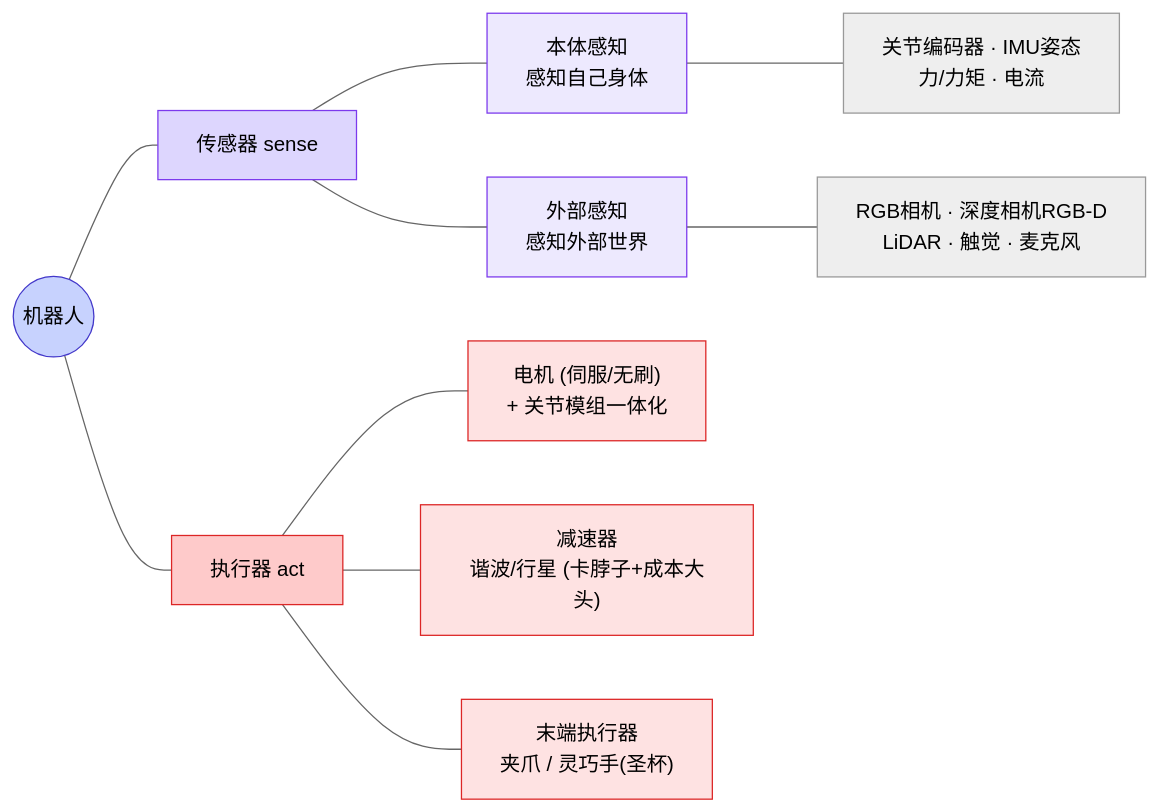
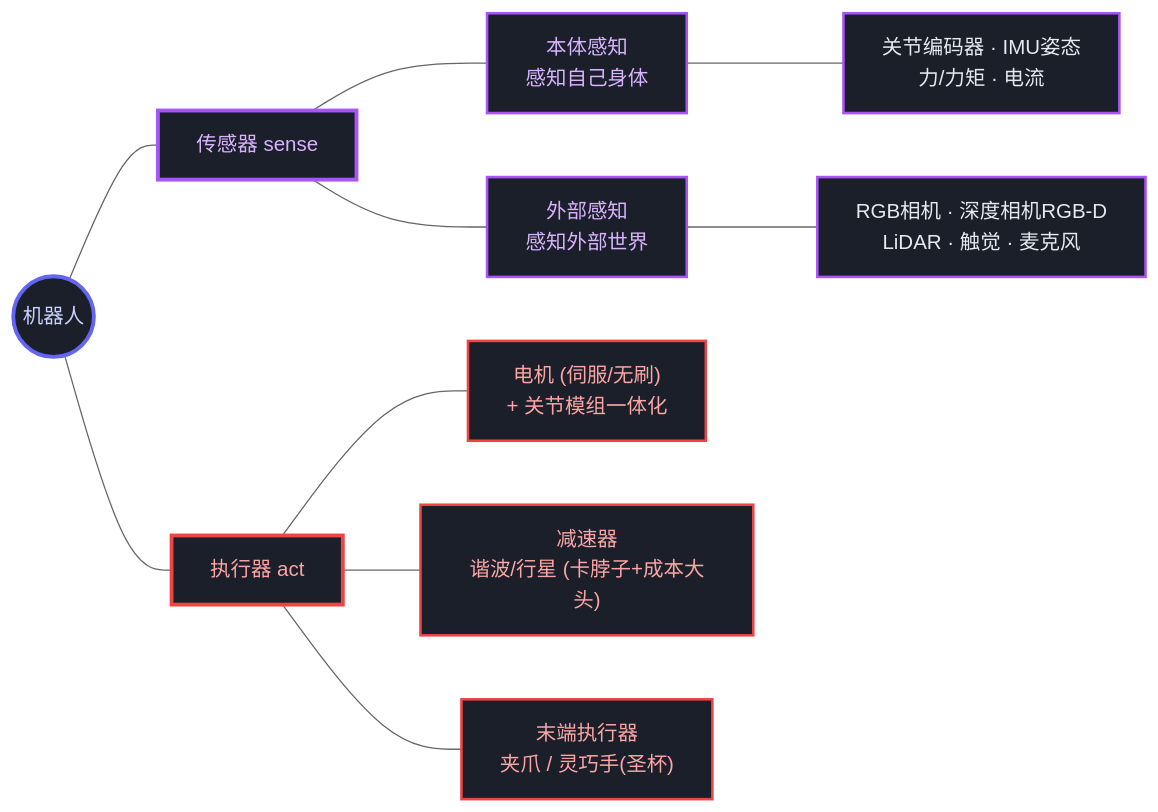
Before and after one commit to Fengur/robotics-learning: the third of 4 diagrams in 02-机器人系统构造.md, drawn with Mermaid (neutral theme). The commit also changed other lines of this file, not shown here.

Commit message:
02:三张彩图改深底浅字+彩色边框,深浅色模式两边都清晰;subgraph标题缩短防截断

````diff
--- a/02-机器人系统构造.md
+++ b/02-机器人系统构造.md
@@ -173,25 +182,29 @@
 ```mermaid
 flowchart LR
     ROBOT(("机器人"))
 
     ROBOT --- S["传感器 sense"]
     ROBOT --- A["执行器 act"]
 
     S --- SP["本体感知<br/>感知自己身体"]
     S --- SE["外部感知<br/>感知外部世界"]
     SP --- SP1["关节编码器 · IMU姿态<br/>力/力矩 · 电流"]
     SE --- SE1["RGB相机 · 深度相机RGB-D<br/>LiDAR · 触觉 · 麦克风"]
 
     A --- A1["电机 (伺服/无刷)<br/>+ 关节模组一体化"]
     A --- A2["减速器<br/>谐波/行星 (卡脖子+成本大头)"]
     A --- A3["末端执行器<br/>夹爪 / 灵巧手(圣杯)"]
 
-    style ROBOT fill:#c7d2fe,stroke:#4338ca,color:#000
-    style S fill:#ddd6fe,stroke:#7c3aed,color:#000
-    style A fill:#fecaca,stroke:#dc2626,color:#000
-    style SP fill:#ede9fe,stroke:#7c3aed,color:#000
-    style SE fill:#ede9fe,stroke:#7c3aed,color:#000
-    style A1 fill:#fee2e2,stroke:#dc2626,color:#000
-    style A2 fill:#fee2e2,stroke:#dc2626,color:#000
-    style A3 fill:#fee2e2,stroke:#dc2626,color:#000
+    classDef base fill:#1b1f2a,color:#e6e9ef,stroke-width:2px;
+    class SP1,SE1 base;
+    style ROBOT fill:#1b1f2a,stroke:#6366f1,stroke-width:3px,color:#c7d2fe;
+    style S fill:#1b1f2a,stroke:#a855f7,stroke-width:3px,color:#d8b4fe;
+    style A fill:#1b1f2a,stroke:#ef4444,stroke-width:3px,color:#fca5a5;
+    style SP fill:#1b1f2a,stroke:#a855f7,stroke-width:2px,color:#d8b4fe;
+    style SE fill:#1b1f2a,stroke:#a855f7,stroke-width:2px,color:#d8b4fe;
+    style SP1 stroke:#a855f7,stroke-width:2px;
+    style SE1 stroke:#a855f7,stroke-width:2px;
+    style A1 fill:#1b1f2a,stroke:#ef4444,stroke-width:2px,color:#fca5a5;
+    style A2 fill:#1b1f2a,stroke:#ef4444,stroke-width:2px,color:#fca5a5;
+    style A3 fill:#1b1f2a,stroke:#ef4444,stroke-width:2px,color:#fca5a5;
 ```
````
